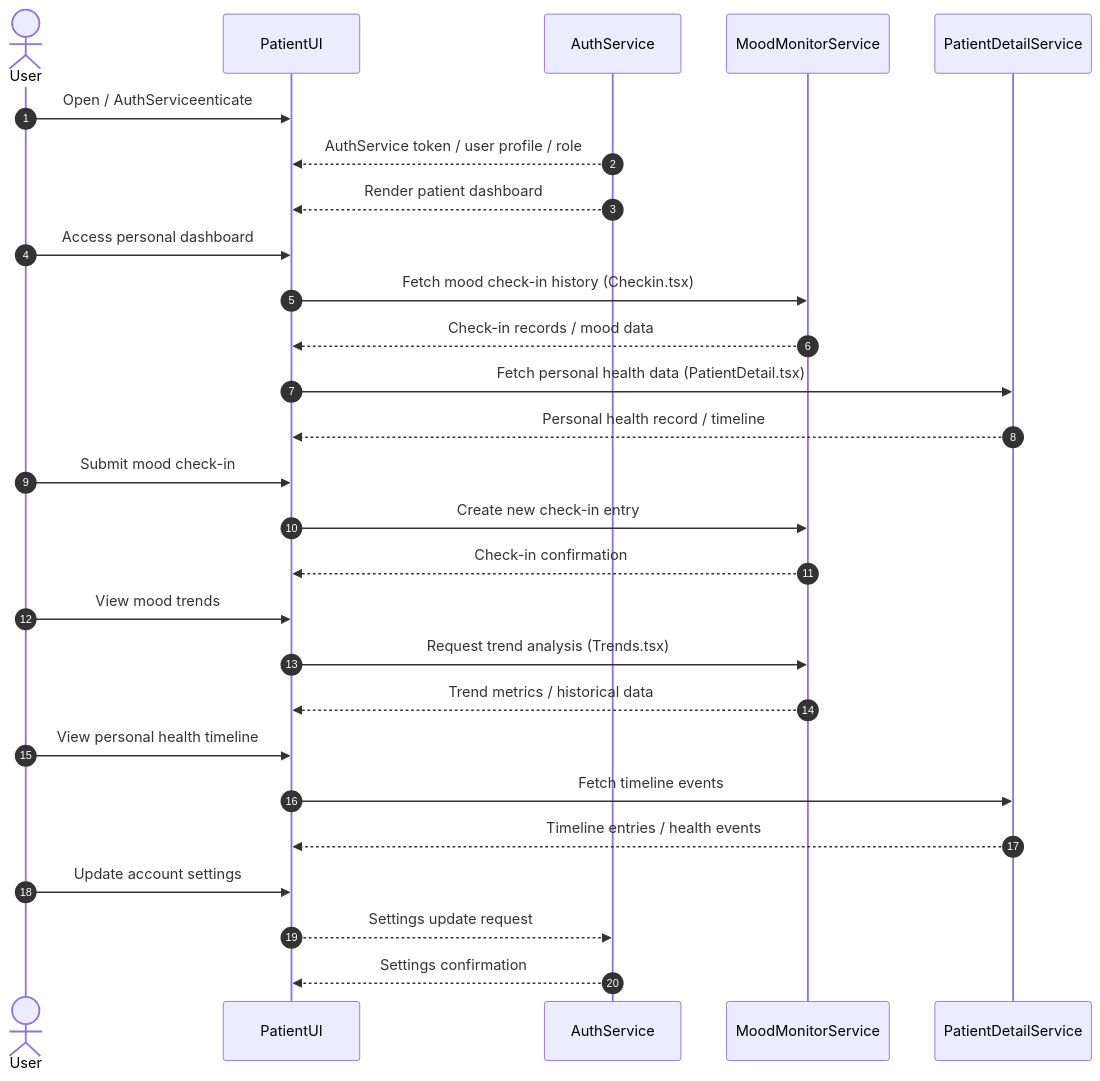
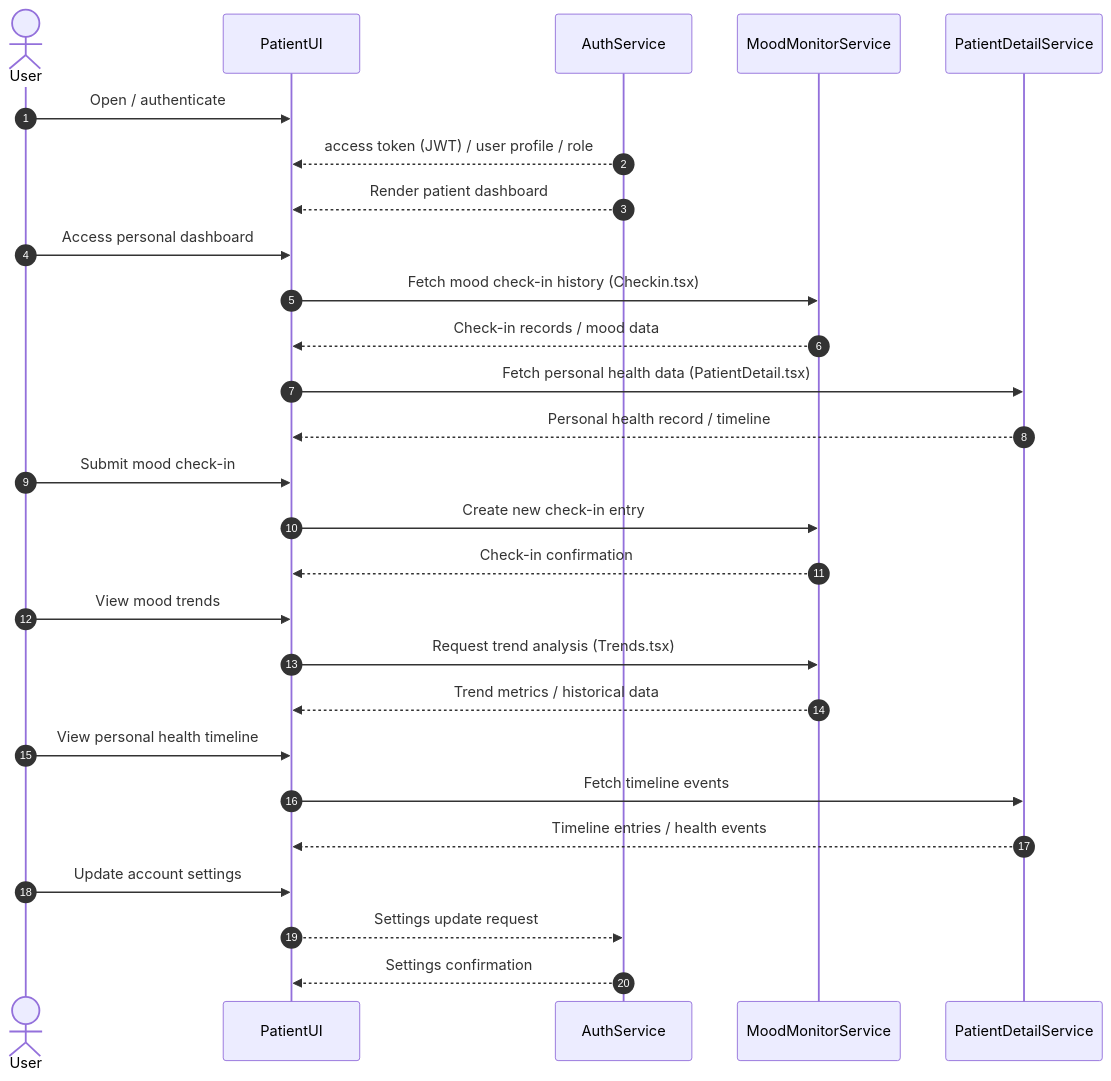
One commit to evgeniia-dev/healthy-minds changed the second of 2 diagrams in docs/ARCHITECTURE.md. Above: the diagram before and after it, drawn with Mermaid. The commit also changed other lines of this file and 1 other file, not shown here.

````diff
--- a/docs/ARCHITECTURE.md
+++ b/docs/ARCHITECTURE.md
@@ -39,36 +39,36 @@
 ```mermaid
 sequenceDiagram
 	autonumber
 	actor User
 	participant PatientUI
   participant AuthService
 	participant MoodMonitorService
 	participant PatientDetailService
 
-	User->>PatientUI: Open / AuthServiceenticate
-  AuthService-->>PatientUI: AuthService token / user profile / role
+	User->>PatientUI: Open / authenticate
+  AuthService-->>PatientUI: access token (JWT) / user profile / role
  	AuthService-->>PatientUI: Render patient dashboard
 
 	User->>PatientUI: Access personal dashboard
 	PatientUI->>MoodMonitorService: Fetch mood check-in history (Checkin.tsx)
 	MoodMonitorService-->>PatientUI: Check-in records / mood data
 
 	PatientUI->>PatientDetailService: Fetch personal health data (PatientDetail.tsx)
 	PatientDetailService-->>PatientUI: Personal health record / timeline
 
 	User->>PatientUI: Submit mood check-in
 	PatientUI->>MoodMonitorService: Create new check-in entry
 	MoodMonitorService-->>PatientUI: Check-in confirmation
 
 	User->>PatientUI: View mood trends
 	PatientUI->>MoodMonitorService: Request trend analysis (Trends.tsx)
 	MoodMonitorService-->>PatientUI: Trend metrics / historical data
 
 	User->>PatientUI: View personal health timeline
 	PatientUI->>PatientDetailService: Fetch timeline events
 	PatientDetailService-->>PatientUI: Timeline entries / health events
 
 	User->>PatientUI: Update account settings
   PatientUI-->>AuthService: Settings update request
 	AuthService-->>PatientUI: Settings confirmation
 ```
````
